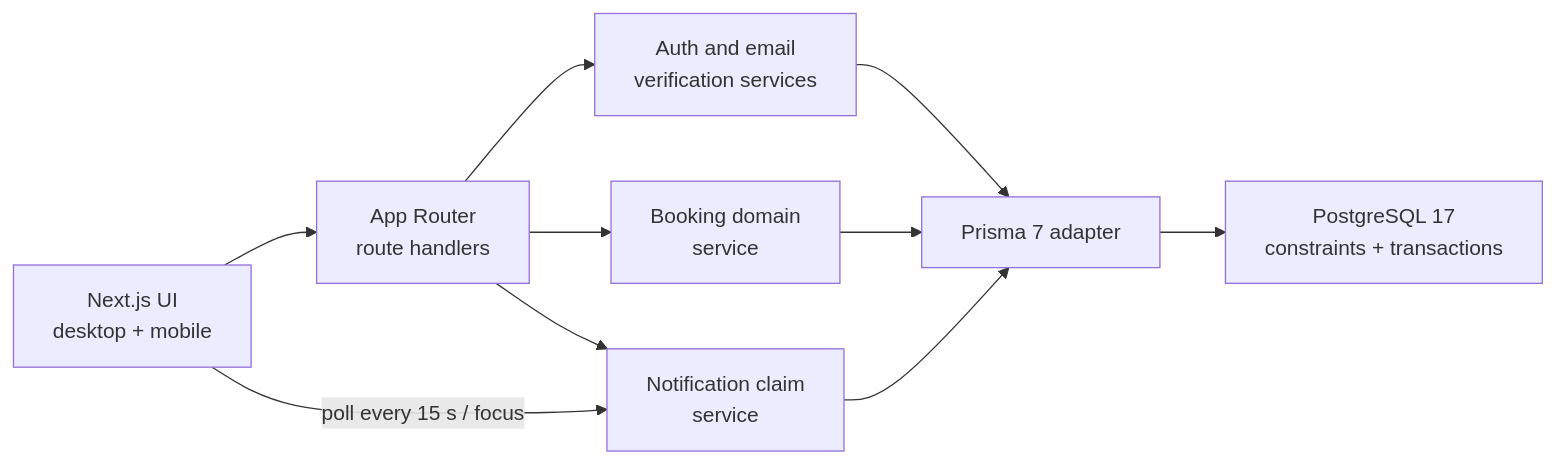
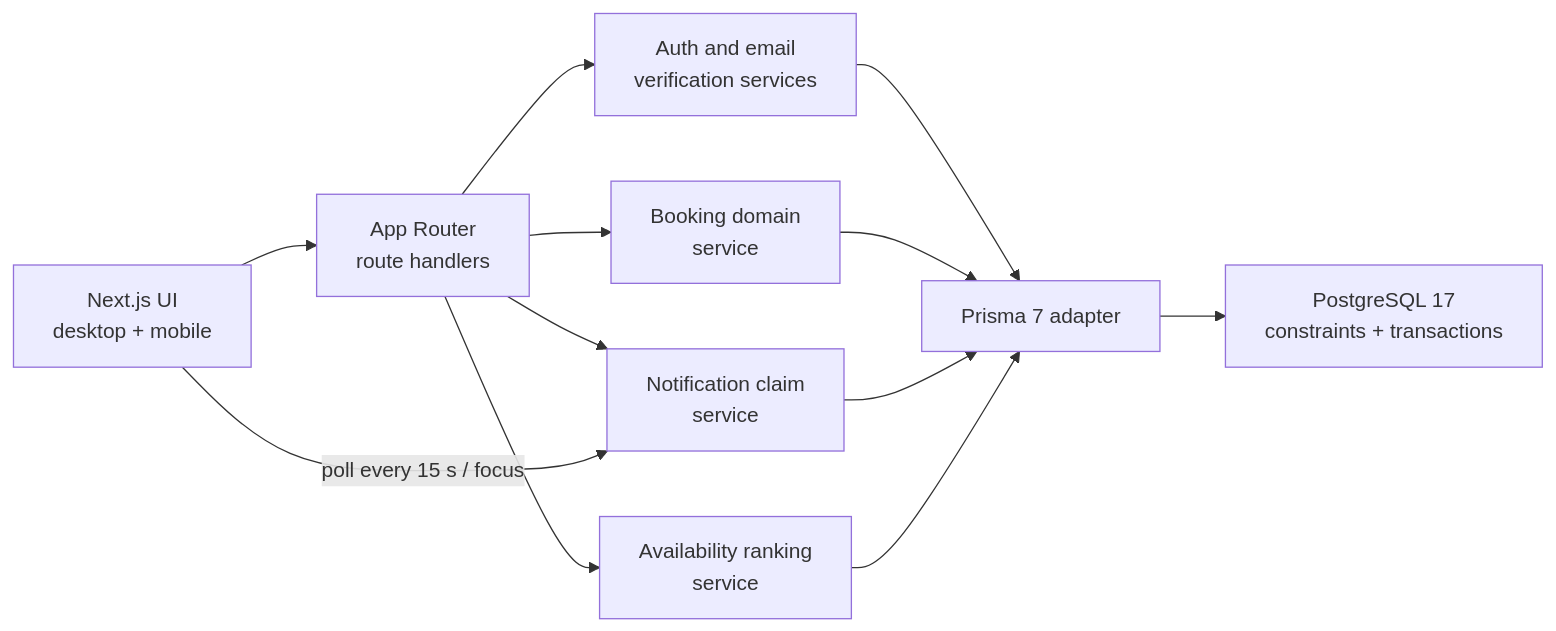
One commit to Deversatorg/room-reservation-ua-skills changed the diagram in README.md. Above: the diagram before and after it, drawn with Mermaid. The commit also changed other lines of this file and 10 other files, not shown here.

````diff
--- a/README.md
+++ b/README.md
@@ -68,12 +69,14 @@
 ```mermaid
 flowchart LR
   UI["Next.js UI\ndesktop + mobile"] --> API["App Router\nroute handlers"]
   API --> AUTH["Auth and email\nverification services"]
   API --> BOOK["Booking domain\nservice"]
   API --> NOTIFY["Notification claim\nservice"]
+  API --> FIND["Availability ranking\nservice"]
   AUTH --> PRISMA["Prisma 7 adapter"]
   BOOK --> PRISMA
   NOTIFY --> PRISMA
+  FIND --> PRISMA
   PRISMA --> PG["PostgreSQL 17\nconstraints + transactions"]
   UI -->|"poll every 15 s / focus"| NOTIFY
 ```
````
